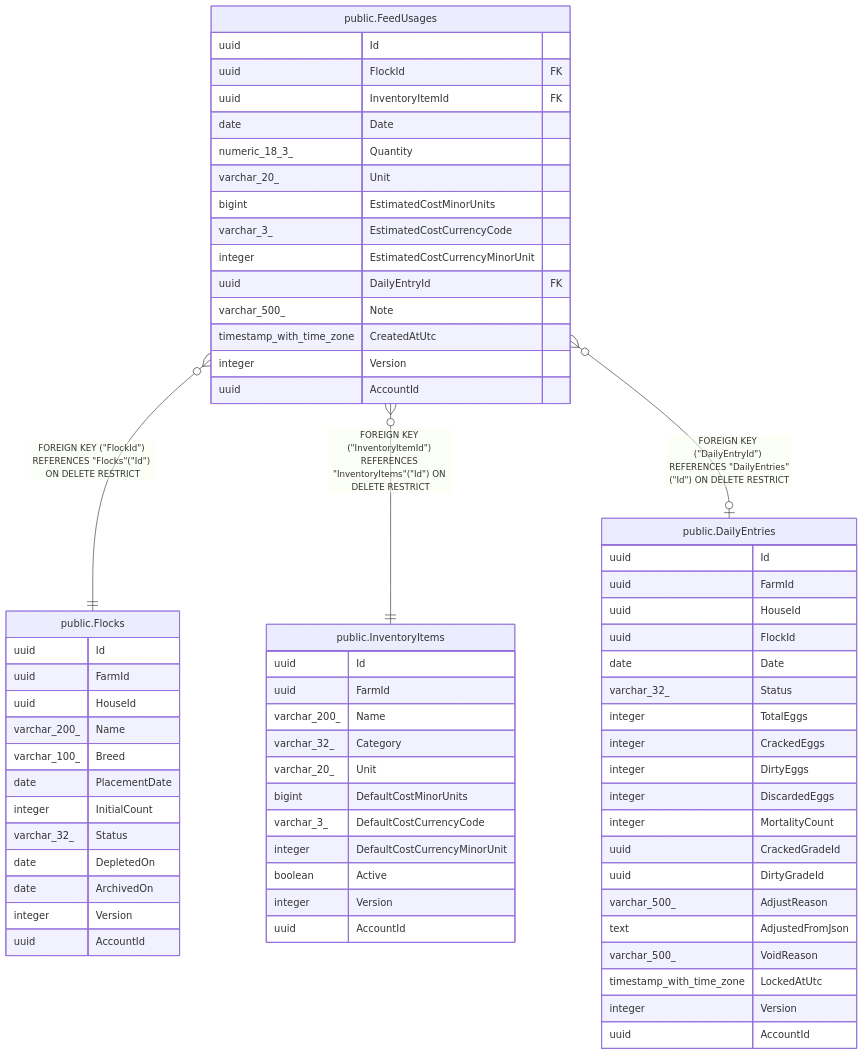
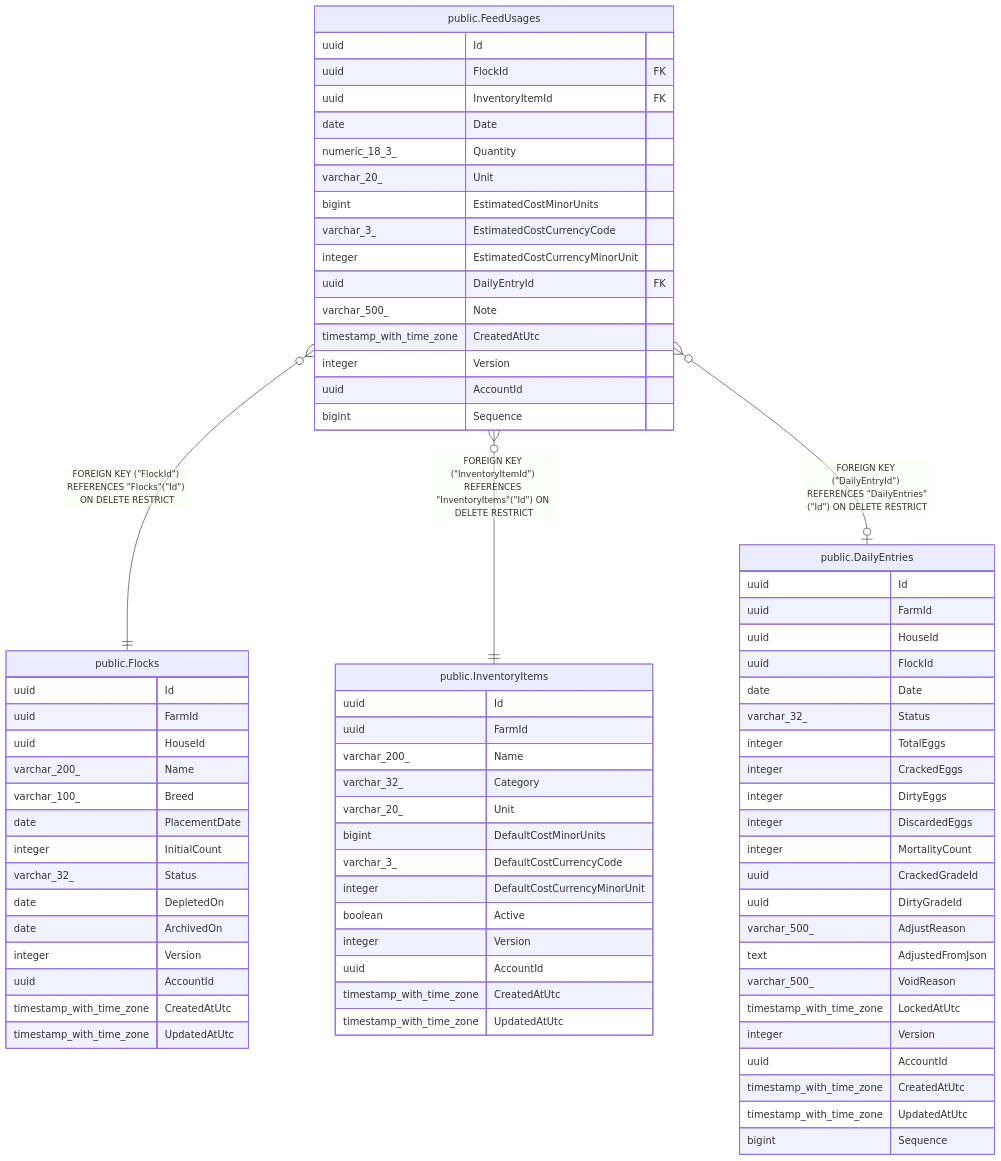
One commit to mforce/cluckwork changed the diagram in docs/schema/public.FeedUsages.md. Above: the diagram before and after it, drawn with Mermaid. The commit also changed other lines of this file and 105 other files, not shown here.

````diff
--- a/docs/schema/public.FeedUsages.md
+++ b/docs/schema/public.FeedUsages.md
@@ -61,72 +70,80 @@
 ```mermaid
 erDiagram
 
 "public.FeedUsages" }o--|| "public.Flocks" : "FOREIGN KEY (#quot;FlockId#quot;) REFERENCES #quot;Flocks#quot;(#quot;Id#quot;) ON DELETE RESTRICT"
 "public.FeedUsages" }o--|| "public.InventoryItems" : "FOREIGN KEY (#quot;InventoryItemId#quot;) REFERENCES #quot;InventoryItems#quot;(#quot;Id#quot;) ON DELETE RESTRICT"
 "public.FeedUsages" }o--o| "public.DailyEntries" : "FOREIGN KEY (#quot;DailyEntryId#quot;) REFERENCES #quot;DailyEntries#quot;(#quot;Id#quot;) ON DELETE RESTRICT"
 
 "public.FeedUsages" {
   uuid Id
   uuid FlockId FK
   uuid InventoryItemId FK
   date Date
   numeric_18_3_ Quantity
   varchar_20_ Unit
   bigint EstimatedCostMinorUnits
   varchar_3_ EstimatedCostCurrencyCode
   integer EstimatedCostCurrencyMinorUnit
   uuid DailyEntryId FK
   varchar_500_ Note
   timestamp_with_time_zone CreatedAtUtc
   integer Version
   uuid AccountId
+  bigint Sequence
 }
 "public.Flocks" {
   uuid Id
   uuid FarmId
   uuid HouseId
   varchar_200_ Name
   varchar_100_ Breed
   date PlacementDate
   integer InitialCount
   varchar_32_ Status
   date DepletedOn
   date ArchivedOn
   integer Version
   uuid AccountId
+  timestamp_with_time_zone CreatedAtUtc
+  timestamp_with_time_zone UpdatedAtUtc
 }
 "public.InventoryItems" {
   uuid Id
   uuid FarmId
   varchar_200_ Name
   varchar_32_ Category
   varchar_20_ Unit
   bigint DefaultCostMinorUnits
   varchar_3_ DefaultCostCurrencyCode
   integer DefaultCostCurrencyMinorUnit
   boolean Active
   integer Version
   uuid AccountId
+  timestamp_with_time_zone CreatedAtUtc
+  timestamp_with_time_zone UpdatedAtUtc
 }
 "public.DailyEntries" {
   uuid Id
   uuid FarmId
   uuid HouseId
   uuid FlockId
   date Date
   varchar_32_ Status
   integer TotalEggs
   integer CrackedEggs
   integer DirtyEggs
   integer DiscardedEggs
   integer MortalityCount
   uuid CrackedGradeId
   uuid DirtyGradeId
   varchar_500_ AdjustReason
   text AdjustedFromJson
   varchar_500_ VoidReason
   timestamp_with_time_zone LockedAtUtc
   integer Version
   uuid AccountId
+  timestamp_with_time_zone CreatedAtUtc
+  timestamp_with_time_zone UpdatedAtUtc
+  bigint Sequence
 }
 ```
````
